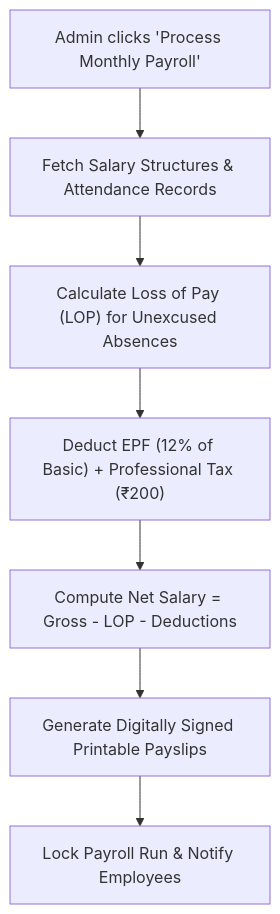
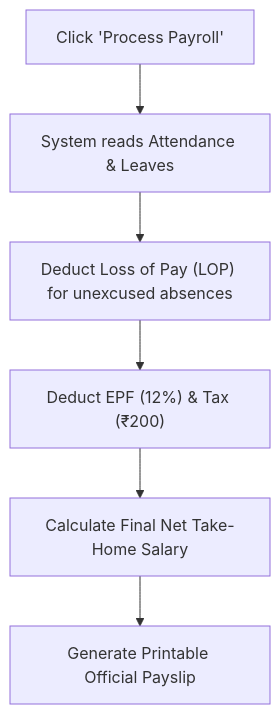
The seventh of 7 diagrams in docs/INSTRUCTION_AND_DEMO_GUIDE.md (pradhan-not-found/Software-Engineering-Project), drawn with Mermaid before and after one commit. The commit also changed other lines of this file, not shown here.

````diff
--- a/docs/INSTRUCTION_AND_DEMO_GUIDE.md
+++ b/docs/INSTRUCTION_AND_DEMO_GUIDE.md
@@ -287,9 +293,8 @@
 ```mermaid
 flowchart TD
-    RunPayroll["Admin clicks 'Process Monthly Payroll'"] --> FetchData["Fetch Salary Structures & Attendance Records"]
-    FetchData --> LOPCalc["Calculate Loss of Pay (LOP) for Unexcused Absences"]
-    LOPCalc --> DeductTax["Deduct EPF (12% of Basic) + Professional Tax (₹200)"]
-    DeductTax --> NetSalary["Compute Net Salary = Gross - LOP - Deductions"]
-    NetSalary --> GenerateSlip["Generate Digitally Signed Printable Payslips"]
-    GenerateSlip --> Audit["Lock Payroll Run & Notify Employees"]
+    ClickPay["Click 'Process Payroll'"] --> ReadAtt["System reads Attendance & Leaves"]
+    ReadAtt --> CutMoney["Deduct Loss of Pay (LOP) for unexcused absences"]
+    CutMoney --> CutTax["Deduct EPF (12%) & Tax (₹200)"]
+    CutTax --> Net["Calculate Final Net Take-Home Salary"]
+    Net --> Slip["Generate Printable Official Payslip"]
 ```
````
